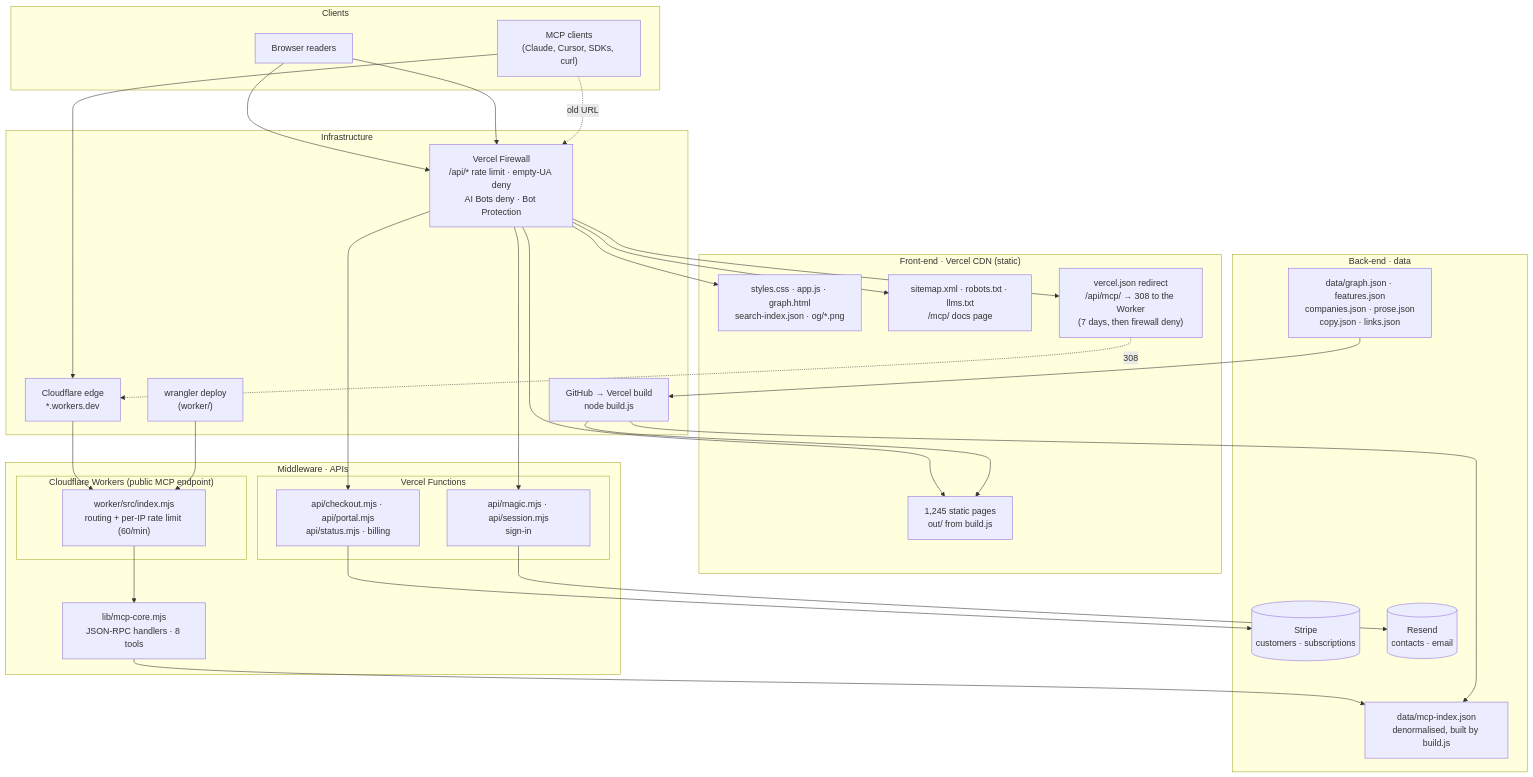
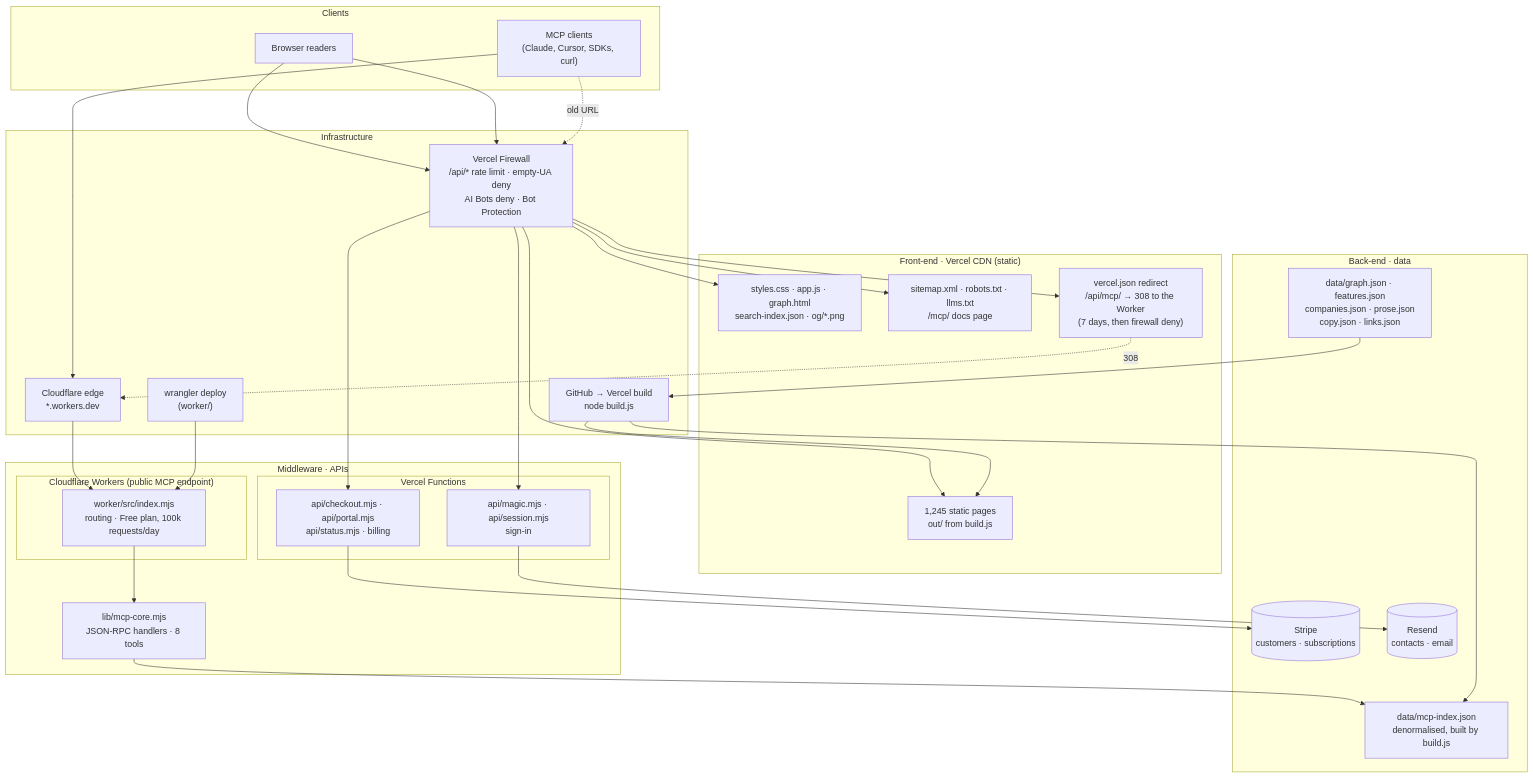
One commit to MAKaminski/genome-of-games changed the first of 2 diagrams in docs/architecture.md. Above: the diagram before and after it, drawn with Mermaid. The commit also changed other lines of this file and 6 other files, not shown here.

First line of the commit message:
Remove the Worker's per-IP rate limit

````diff
--- a/docs/architecture.md
+++ b/docs/architecture.md
@@ -15,50 +15,50 @@
 ```mermaid
 flowchart TB
   subgraph clients["Clients"]
     browser["Browser readers"]
     agents["MCP clients<br/>(Claude, Cursor, SDKs, curl)"]
   end
 
   subgraph fe["Front-end · Vercel CDN (static)"]
     pages["1,245 static pages<br/>out/ from build.js"]
     assets["styles.css · app.js · graph.html<br/>search-index.json · og/*.png"]
     seo["sitemap.xml · robots.txt · llms.txt<br/>/mcp/ docs page"]
     legacy["vercel.json redirect<br/>/api/mcp/ → 308 to the Worker<br/>(7 days, then firewall deny)"]
   end
 
   subgraph mw["Middleware · APIs"]
     subgraph cf["Cloudflare Workers (public MCP endpoint)"]
-      worker["worker/src/index.mjs<br/>routing + per-IP rate limit (60/min)"]
+      worker["worker/src/index.mjs<br/>routing · Free plan, 100k requests/day"]
     end
     subgraph vfn["Vercel Functions"]
       auth["api/magic.mjs · api/session.mjs<br/>sign-in"]
       bill["api/checkout.mjs · api/portal.mjs<br/>api/status.mjs · billing"]
     end
     core["lib/mcp-core.mjs<br/>JSON-RPC handlers · 8 tools"]
   end
 
   subgraph be["Back-end · data"]
     idx["data/mcp-index.json<br/>denormalised, built by build.js"]
     src["data/graph.json · features.json<br/>companies.json · prose.json<br/>copy.json · links.json"]
     stripe[("Stripe<br/>customers · subscriptions")]
     resend[("Resend<br/>contacts · email")]
   end
 
   subgraph infra["Infrastructure"]
     vfw["Vercel Firewall<br/>/api/* rate limit · empty-UA deny<br/>AI Bots deny · Bot Protection"]
     cfedge["Cloudflare edge<br/>*.workers.dev"]
     gh["GitHub → Vercel build<br/>node build.js"]
     wr["wrangler deploy<br/>(worker/)"]
   end
 
   browser --> vfw --> pages & assets & seo
   browser --> vfw --> auth & bill
   agents --> cfedge --> worker --> core
   agents -. old URL .-> vfw --> legacy -. 308 .-> cfedge
   core --> idx
   src --> gh --> idx
   gh --> pages
   wr --> worker
   auth --> resend
   bill --> stripe
 ```
````
